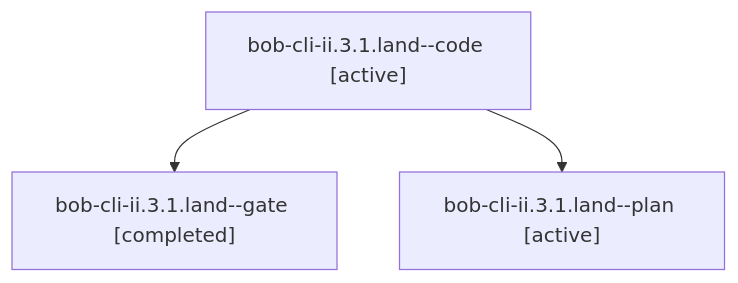
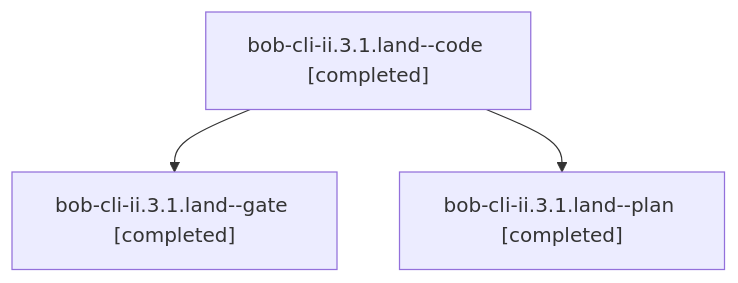
Before and after one commit to bobs-org/bob-cli--agents: the diagram in sessions/bbugyi200.athena.bob-cli-ii.3.1.land.md, drawn with Mermaid. The commit also changed other lines of this file and 31 other files, not shown here.

````diff
--- a/sessions/bbugyi200.athena.bob-cli-ii.3.1.land.md
+++ b/sessions/bbugyi200.athena.bob-cli-ii.3.1.land.md
@@ -9,8 +9,8 @@
 ```mermaid
 flowchart TD
-  n0["bob-cli-ii.3.1.land--code [active]"]
+  n0["bob-cli-ii.3.1.land--code [completed]"]
   n1["bob-cli-ii.3.1.land--gate [completed]"]
   n0 --> n1
-  n2["bob-cli-ii.3.1.land--plan [active]"]
+  n2["bob-cli-ii.3.1.land--plan [completed]"]
   n0 --> n2
 ```
````
